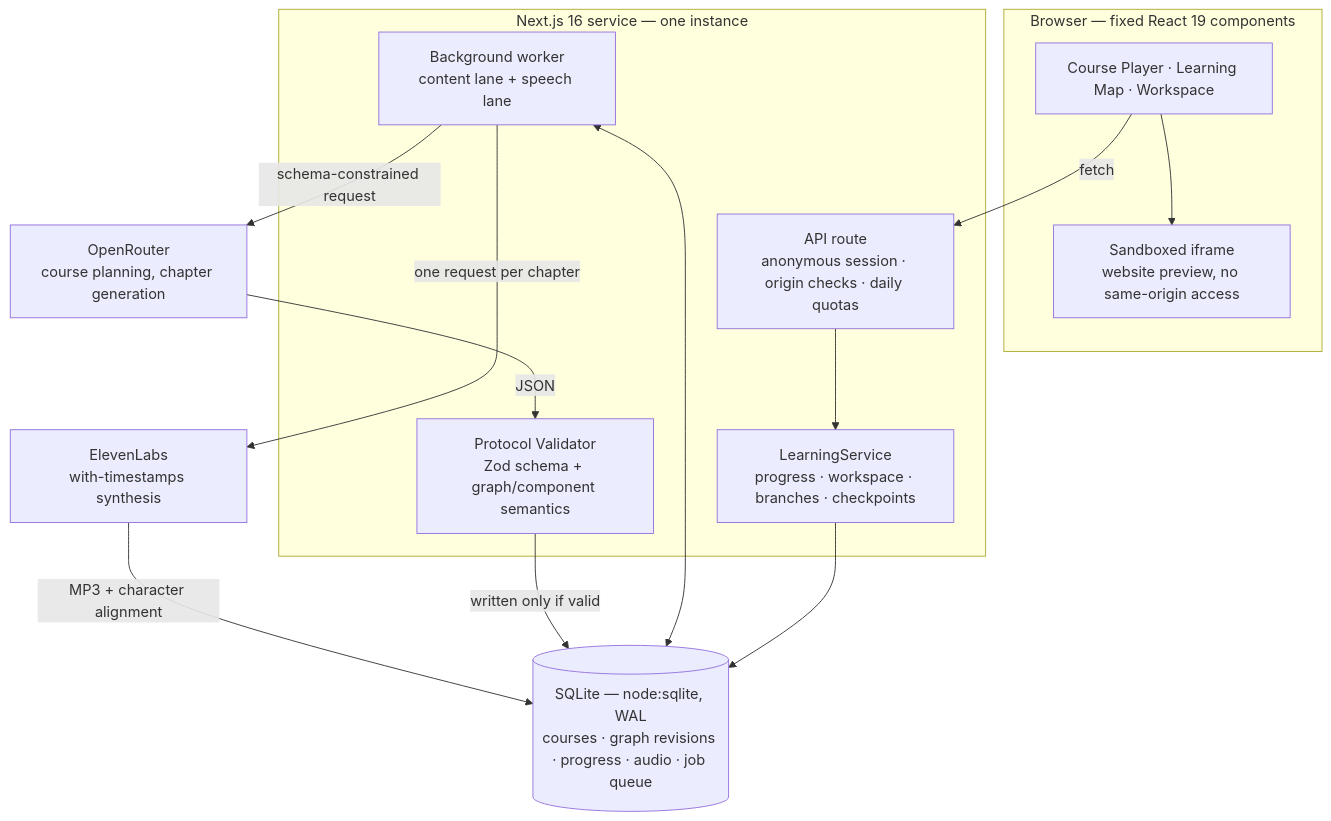
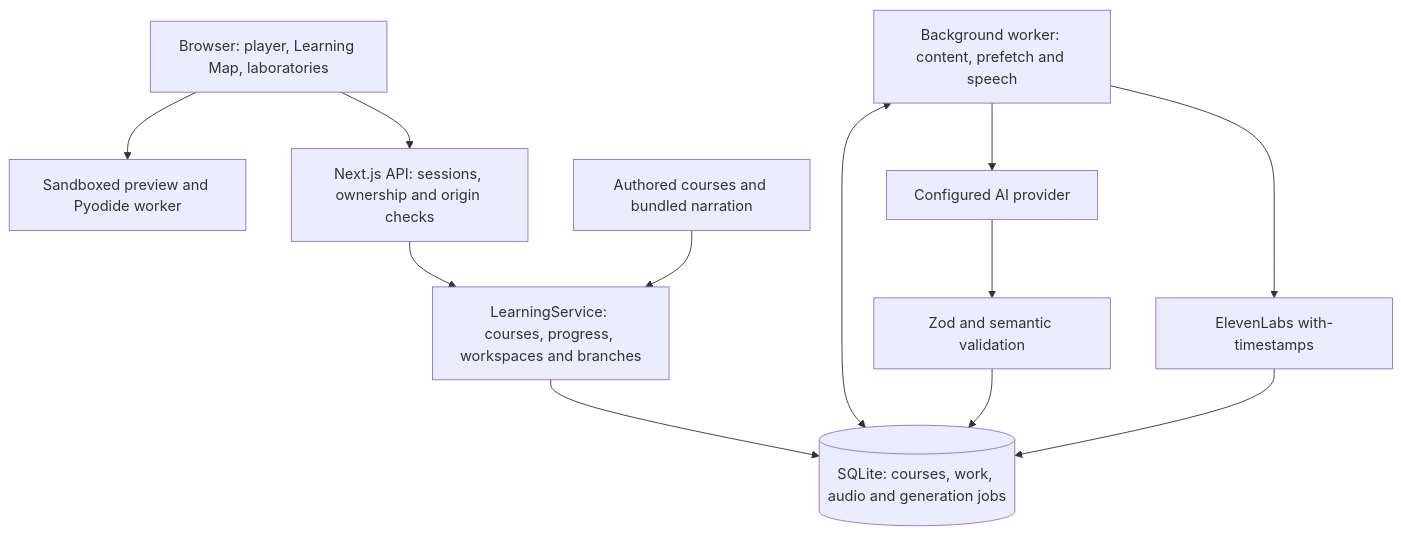
One commit to Jack-hehe/methelia changed the diagram in README.md. Above: the diagram before and after it, drawn with Mermaid. The commit also changed other lines of this file and 1 other file, not shown here.

Commit message:
docs: align bilingual README with public learning platform

````diff
--- a/README.md
+++ b/README.md
@@ -34,27 +45,19 @@
 ```mermaid
 flowchart TB
-    subgraph browser["Browser — fixed React 19 components"]
-        player["Course Player · Learning Map · Workspace"]
-        sandbox["Sandboxed iframe<br/>website preview, no same-origin access"]
-    end
-
-    subgraph service["Next.js 16 service — one instance"]
-        api["API route<br/>anonymous session · origin checks · daily quotas"]
-        core["LearningService<br/>progress · workspace · branches · checkpoints"]
-        validator["Protocol Validator<br/>Zod schema + graph/component semantics"]
-        worker["Background worker<br/>content lane + speech lane"]
-    end
-
-    db[("SQLite — node:sqlite, WAL<br/>courses · graph revisions · progress · audio · job queue")]
-    llm["OpenRouter<br/>course planning, chapter generation"]
-    tts["ElevenLabs<br/>with-timestamps synthesis"]
-
-    player -->|fetch| api --> core --> db
-    player --> sandbox
+    learner["Browser: player, Learning Map, laboratories"]
+    runtime["Sandboxed preview and Pyodide worker"]
+    api["Next.js API: sessions, ownership and origin checks"]
+    service["LearningService: courses, progress, workspaces and branches"]
+    catalog["Authored courses and bundled narration"]
+    db[("SQLite: courses, work, audio and generation jobs")]
+    worker["Background worker: content, prefetch and speech"]
+    model["Configured AI provider"]
+    validator["Zod and semantic validation"]
+    speech["ElevenLabs with-timestamps"]
+    learner --> api --> service --> db
+    learner --> runtime
+    catalog --> service
     worker <--> db
-    worker -->|schema-constrained request| llm
-    llm -->|JSON| validator
-    validator -->|written only if valid| db
-    worker -->|one request per chapter| tts
-    tts -->|MP3 + character alignment| db
+    worker --> model --> validator --> db
+    worker --> speech --> db
 ```
````
